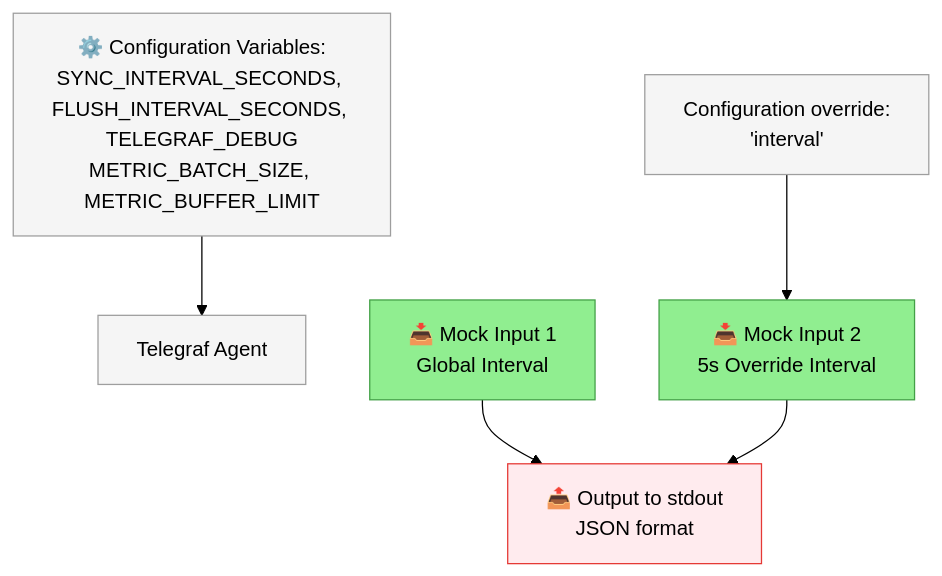
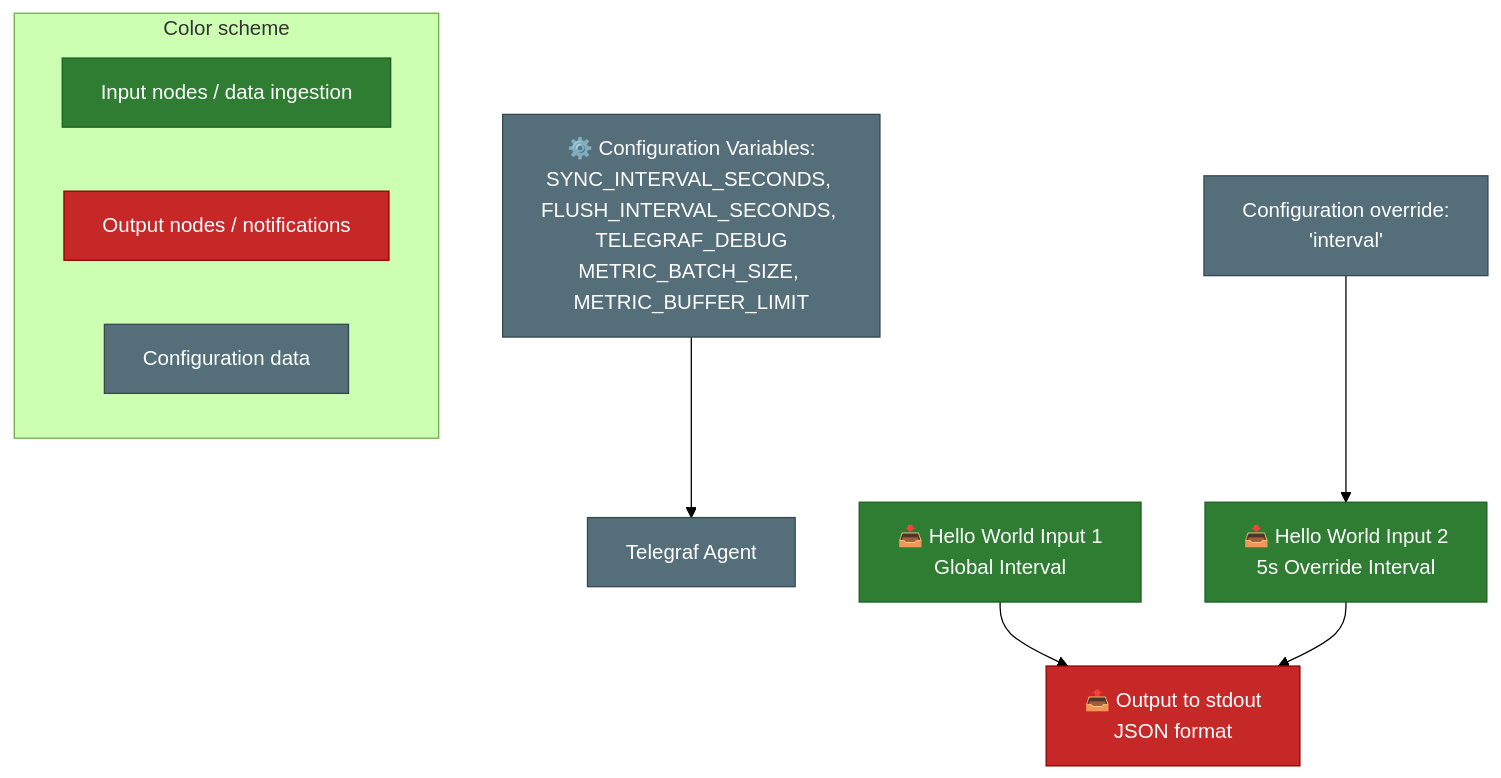
One commit to fixedit-ai/fixedit-data-agent-examples changed the diagram in project-hello-world/README.md. Above: the diagram before and after it, drawn with Mermaid (forest theme). The commit also changed other lines of this file, not shown here.

Commit message:
changed the mermaid diagram for dark and lightmode

````diff
--- a/project-hello-world/README.md
+++ b/project-hello-world/README.md
@@ -9,18 +9,27 @@
 ```mermaid
 flowchart TD
     X0["⚙️ Configuration Variables:<br/>SYNC_INTERVAL_SECONDS, FLUSH_INTERVAL_SECONDS, TELEGRAF_DEBUG<br/>METRIC_BATCH_SIZE, METRIC_BUFFER_LIMIT"] --> X1
     X1["Telegraf Agent"]
 
     X2["Configuration override:<br/>'interval'"] --> A2
 
-    A1["📥 Mock Input 1<br/>Global Interval"] --> C
-    A2["📥 Mock Input 2<br/>5s Override Interval"] --> C
+    A1["📥 Hello World Input 1<br/>Global Interval"] --> C
+    A2["📥 Hello World Input 2<br/>5s Override Interval"] --> C
     C["📤 Output to stdout<br/>JSON format"]
 
-    style X0 fill:#f5f5f5,stroke:#9e9e9e
-    style X1 fill:#f5f5f5,stroke:#9e9e9e
-    style X2 fill:#f5f5f5,stroke:#9e9e9e
-    style A1 fill:#90EE90,stroke:#43a047
-    style A2 fill:#90EE90,stroke:#43a047
-    style C fill:#ffebee,stroke:#e53935
+    subgraph Legend["Color scheme"]
+        direction LR
+        L1["Input nodes / data ingestion"]
+        L2["Output nodes / notifications"]
+        L3["Configuration data"]
+    end
+
+    classDef config fill:#546e7a,stroke:#37474f,color:#ffffff
+    classDef input fill:#2e7d32,stroke:#1b5e20,color:#ffffff
+    classDef output fill:#c62828,stroke:#8e0000,color:#ffffff
+
+    class X0,X1,X2,L3 config
+    class A1,A2,L1 input
+    class C,L2 output
+
 ```
````
